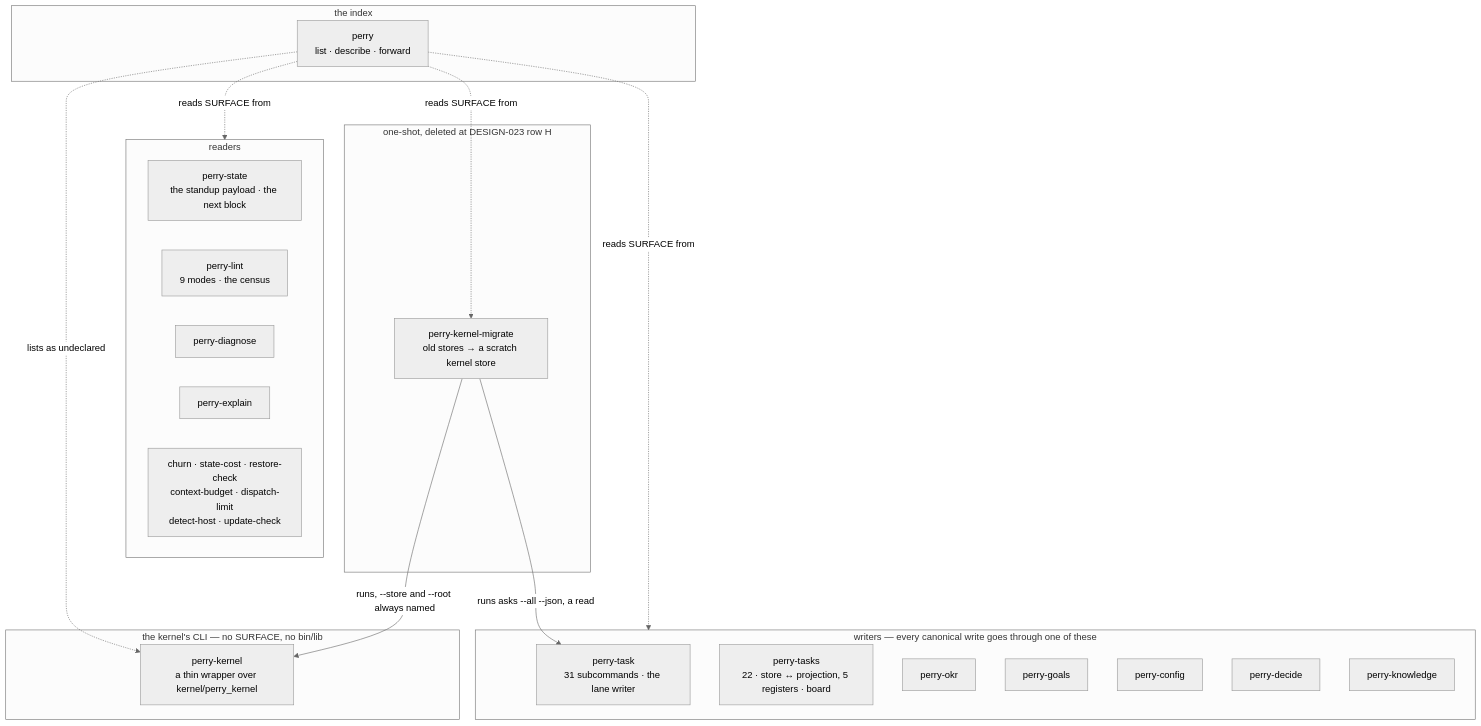
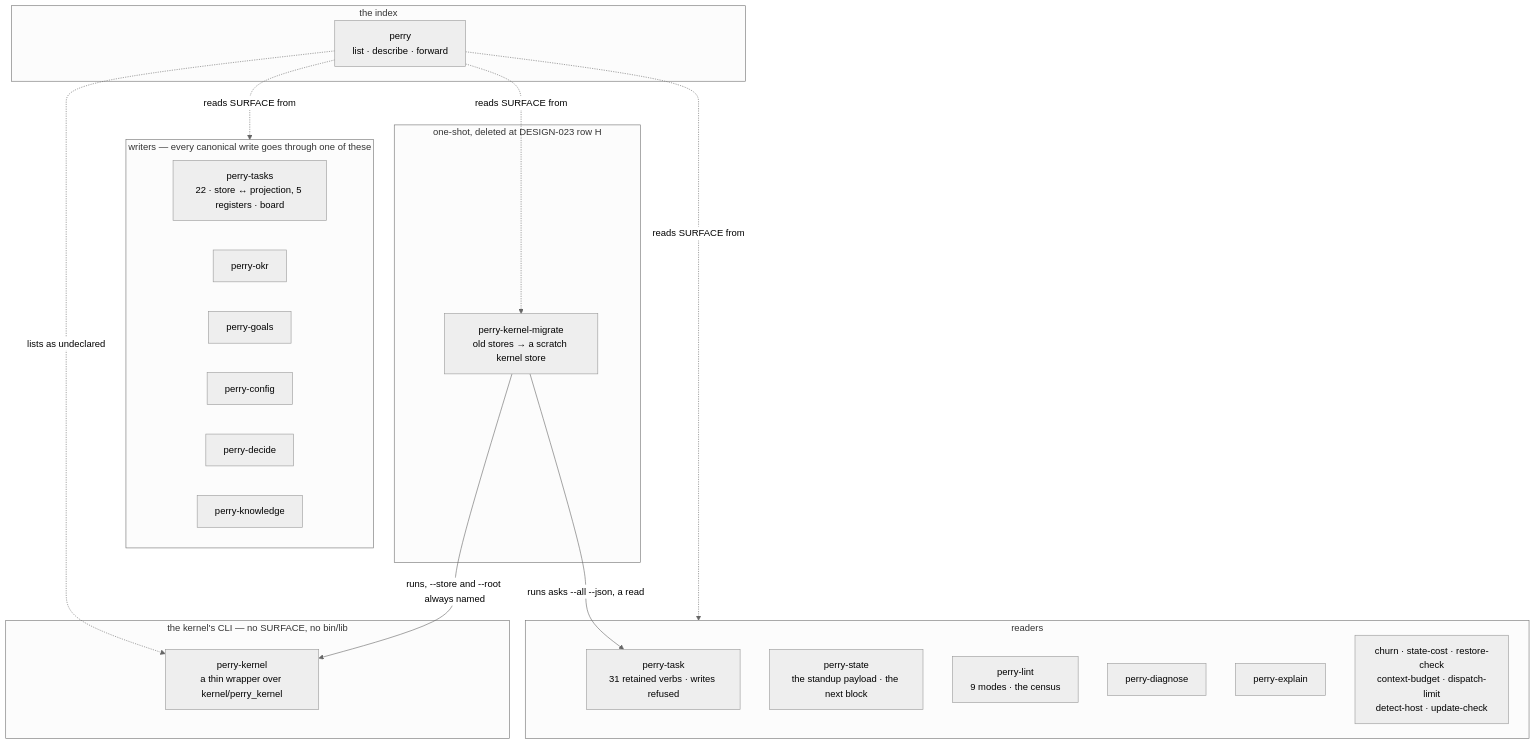
The first of 3 diagrams in bin/ARCHITECTURE.md (ranjiao/Perry), drawn with Mermaid (neutral theme) before and after one commit. The commit also changed other lines of this file and 39 other files, not shown here.

````diff
--- a/bin/ARCHITECTURE.md
+++ b/bin/ARCHITECTURE.md
@@ -29,34 +29,34 @@
 ```mermaid
 flowchart TD
     subgraph write["writers — every canonical write goes through one of these"]
-        Task["perry-task<br/>31 subcommands · the lane writer"]
         Tasks["perry-tasks<br/>22 · store ↔ projection, 5 registers · board"]
         Okr["perry-okr"]
         Goals["perry-goals"]
         Config["perry-config"]
         Decide["perry-decide"]
         Know["perry-knowledge"]
     end
     subgraph read["readers"]
+        Task["perry-task<br/>31 retained verbs · writes refused"]
         State["perry-state<br/>the standup payload · the next block"]
         Lint["perry-lint<br/>9 modes · the census"]
         Diag["perry-diagnose"]
         Explain["perry-explain"]
         Others["churn · state-cost · restore-check<br/>context-budget · dispatch-limit<br/>detect-host · update-check"]
     end
     subgraph index["the index"]
         Perry["perry<br/>list · describe · forward"]
     end
     subgraph kernelcli["the kernel's CLI — no SURFACE, no bin/lib"]
         Kernel["perry-kernel<br/>a thin wrapper over kernel/perry_kernel"]
     end
     subgraph migrate["one-shot, deleted at DESIGN-023 row H"]
         Migrate["perry-kernel-migrate<br/>old stores → a scratch kernel store"]
     end
     Perry -.reads SURFACE from.-> write
     Perry -.reads SURFACE from.-> read
     Perry -.reads SURFACE from.-> Migrate
     Perry -.lists as undeclared.-> Kernel
     Migrate -->|"runs, --store and --root always named"| Kernel
     Migrate -->|"runs asks --all --json, a read"| Task
 ```
````
